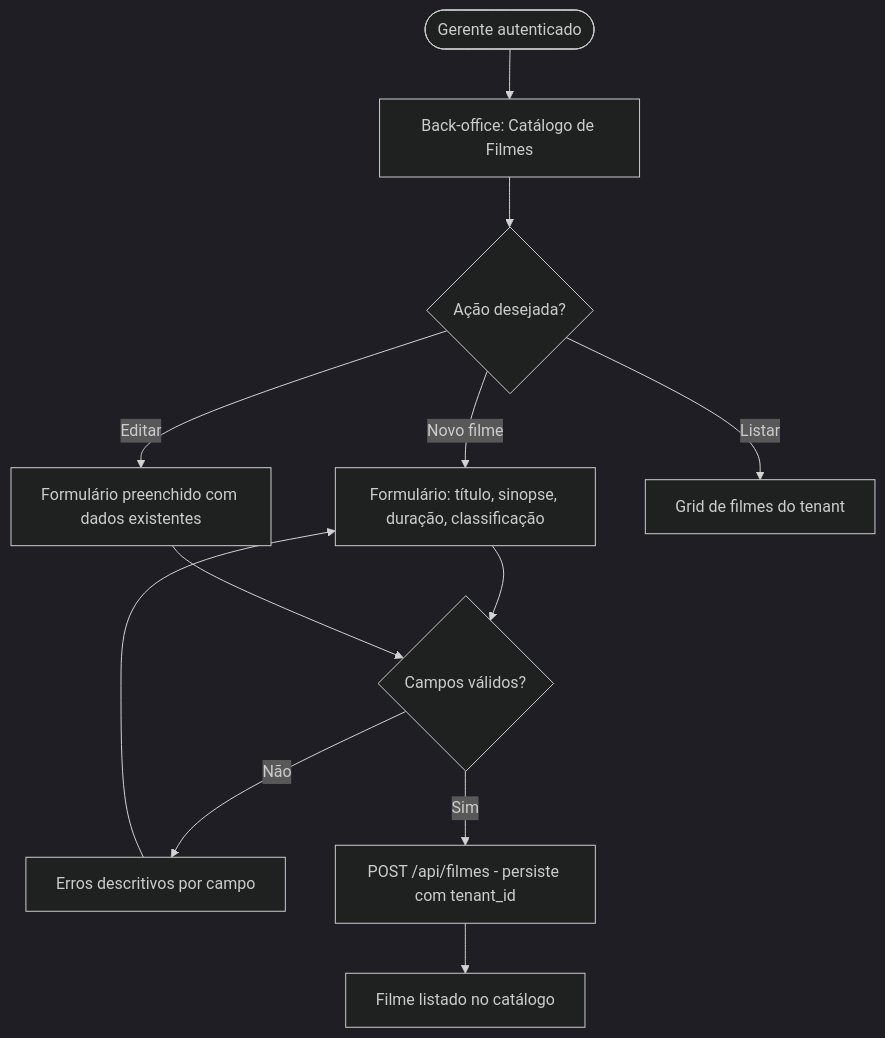
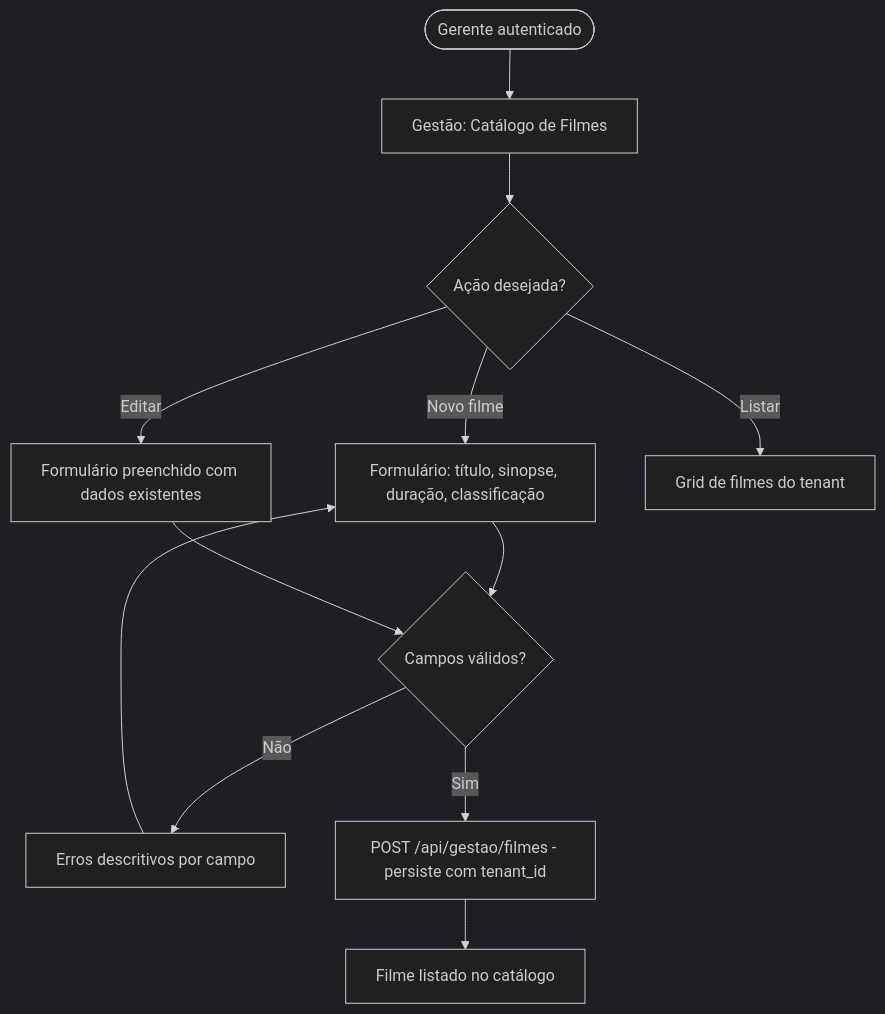
Before and after one commit to CINESOFT-SOLUTIONS/manual-processos-software: the sixth of 11 diagrams in specs/architecture/ux-design.md, drawn with Mermaid (dark theme). The commit also changed other lines of this file and 16 other files, not shown here.

````diff
--- a/specs/architecture/ux-design.md
+++ b/specs/architecture/ux-design.md
@@ -116,14 +116,14 @@
 ```mermaid
 flowchart TD
-    A([Gerente autenticado]) --> B[Back-office: Catálogo de Filmes]
+    A([Gerente autenticado]) --> B[Gestão: Catálogo de Filmes]
     B --> C{Ação desejada?}
     C -- Novo filme --> D[Formulário: título, sinopse, duração, classificação]
     D --> E{Campos válidos?}
     E -- Não --> F[Erros descritivos por campo]
     F --> D
-    E -- Sim --> G[POST /api/filmes - persiste com tenant_id]
+    E -- Sim --> G[POST /api/gestao/filmes - persiste com tenant_id]
     G --> H[Filme listado no catálogo]
     C -- Editar --> I[Formulário preenchido com dados existentes]
     I --> E
     C -- Listar --> J[Grid de filmes do tenant]
 ```
````
